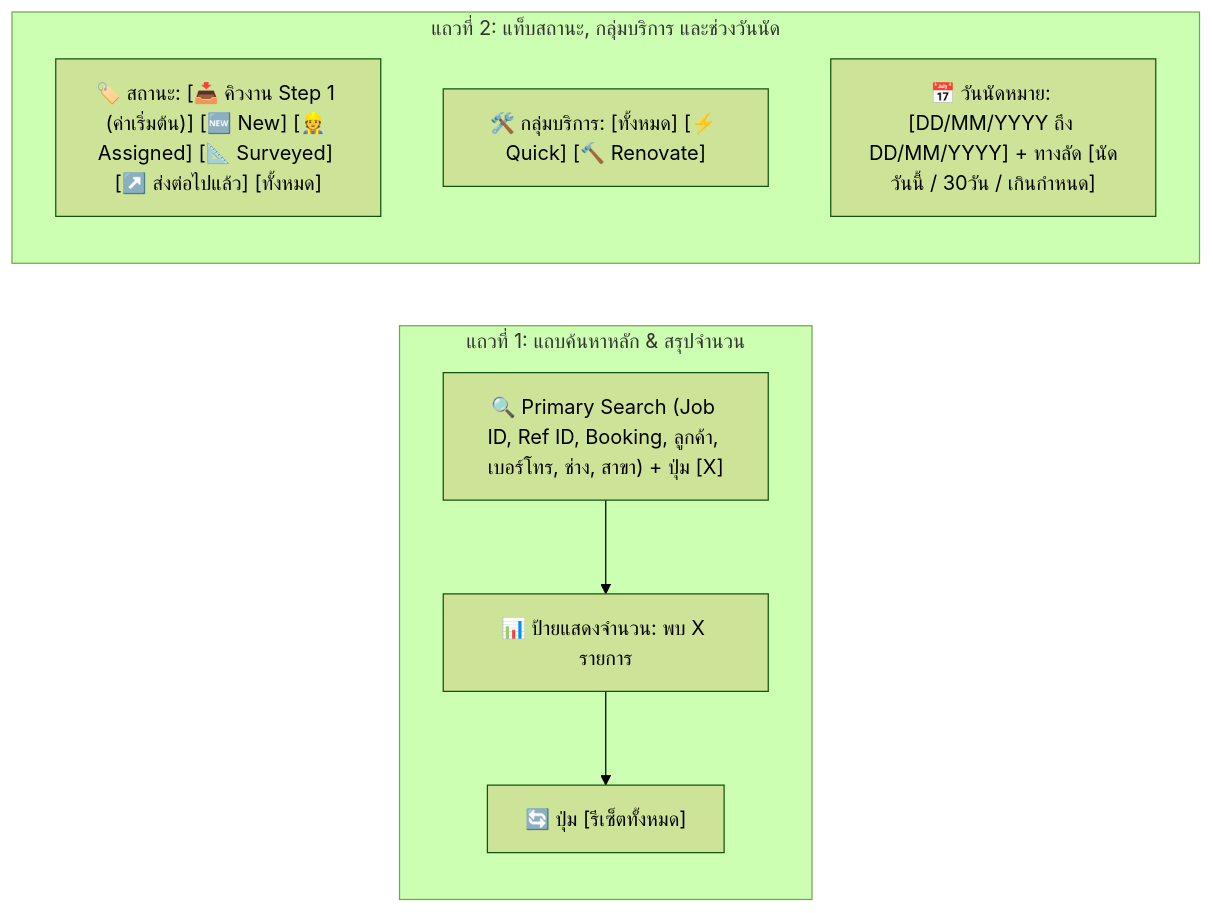
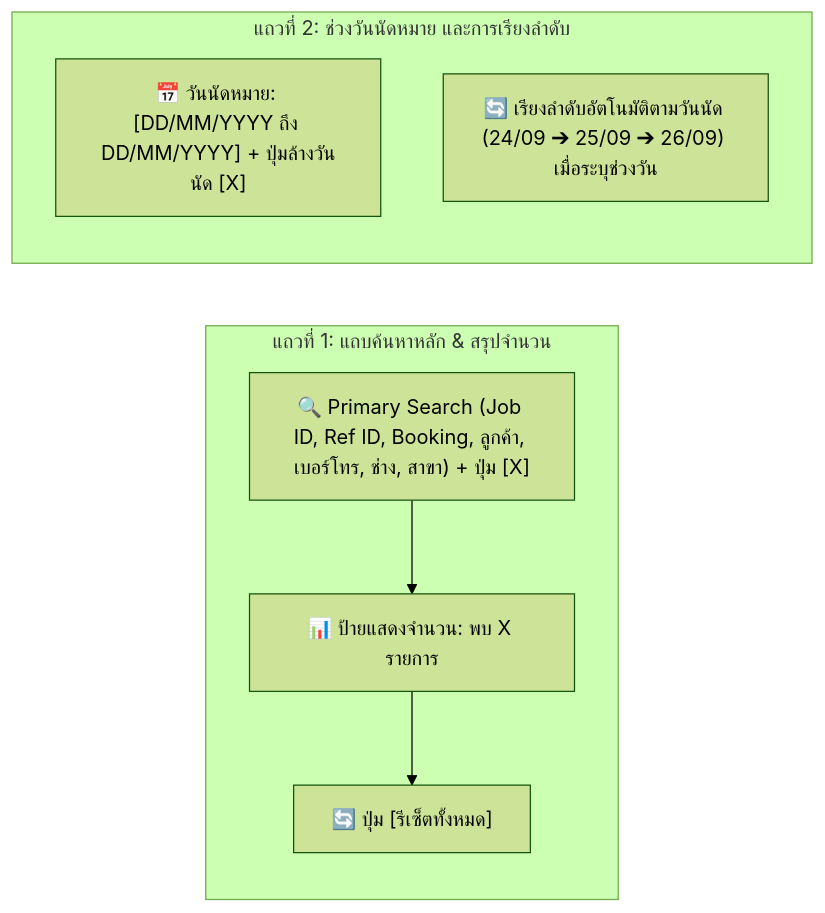
Before and after one commit to isarachootip/pmt_flow: the third of 4 diagrams in doc/คู่มือการใช้งาน_Step1_คิวงานรับคำสั่งซื้อใหม่.md, drawn with Mermaid (forest theme). The commit also changed other lines of this file and 2 other files, not shown here.

Commit message:
fix(step1): enforce chronological sorting by plan_date and remove redundant dropdown filters

````diff
--- a/doc/คู่มือการใช้งาน_Step1_คิวงานรับคำสั่งซื้อใหม่.md
+++ b/doc/คู่มือการใช้งาน_Step1_คิวงานรับคำสั่งซื้อใหม่.md
@@ -166,15 +166,14 @@
 ```mermaid
 graph LR
     subgraph Row1["แถวที่ 1: แถบค้นหาหลัก & สรุปจำนวน"]
         S["🔍 Primary Search (Job ID, Ref ID, Booking, ลูกค้า, เบอร์โทร, ช่าง, สาขา) + ปุ่ม [X]"]
         C["📊 ป้ายแสดงจำนวน: พบ X รายการ"]
         R["🔄 ปุ่ม [รีเซ็ตทั้งหมด]"]
         S --> C --> R
     end
 
-    subgraph Row2["แถวที่ 2: แท็บสถานะ, กลุ่มบริการ และช่วงวันนัด"]
-        ST["🏷️ สถานะ: [📥 คิวงาน Step 1 (ค่าเริ่มต้น)] [🆕 New] [👷 Assigned] [📐 Surveyed] [↗️ ส่งต่อไปแล้ว] [ทั้งหมด]"]
-        SG["🛠️ กลุ่มบริการ: [ทั้งหมด] [⚡ Quick] [🔨 Renovate]"]
-        DT["📅 วันนัดหมาย: [DD/MM/YYYY ถึง DD/MM/YYYY] + ทางลัด [นัดวันนี้ / 30วัน / เกินกำหนด]"]
+    subgraph Row2["แถวที่ 2: ช่วงวันนัดหมาย และการเรียงลำดับ"]
+        DT["📅 วันนัดหมาย: [DD/MM/YYYY ถึง DD/MM/YYYY] + ปุ่มล้างวันนัด [X]"]
+        ST["🔄 เรียงลำดับอัตโนมัติตามวันนัด (24/09 ➔ 25/09 ➔ 26/09) เมื่อระบุช่วงวัน"]
     end
 ```
````
